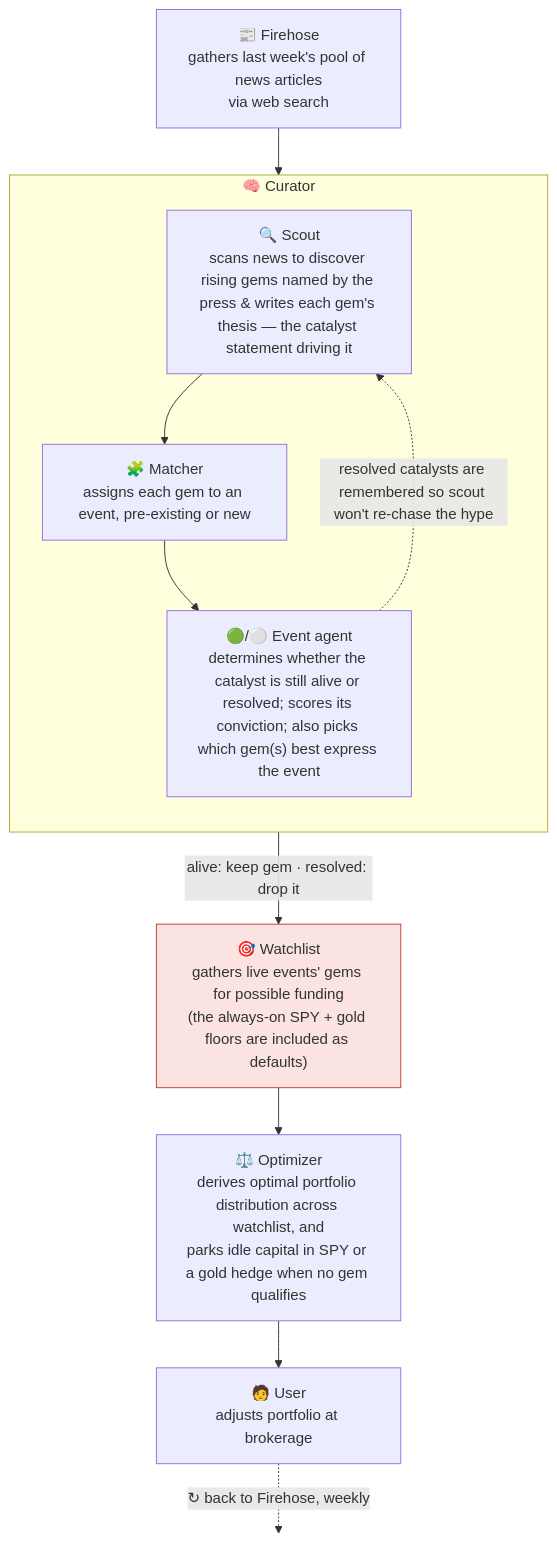
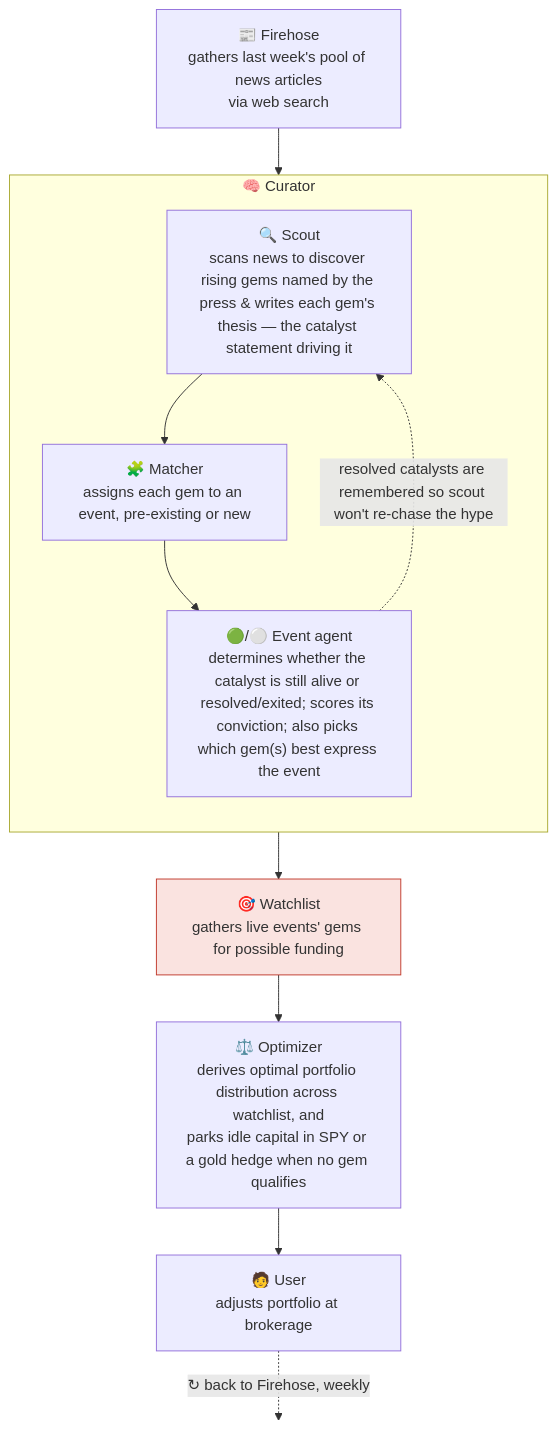
One commit to joehahn/geo-herd-rider changed the diagram in README.md. Above: the diagram before and after it, drawn with Mermaid.

Commit message:
README diagram: agent box 'resolved/exited'; drop keep/drop edge label + floors line from Watchlist box

````diff
--- a/README.md
+++ b/README.md
@@ -18,26 +18,26 @@
 ```mermaid
 flowchart TD
     S["📰 Firehose<br/>gathers last week's pool of news articles<br/>via web search"]
     S --> SC
 
     subgraph CUR["🧠 Curator"]
       direction TB
       SC["🔍 Scout<br/>scans news to discover rising gems named by the press & writes each gem's thesis — the catalyst statement driving it"]
       MA["🧩 Matcher<br/>assigns each gem to an event, pre-existing or new"]
-      AG["🟢/⚪ Event agent<br/>determines whether the catalyst is still alive or resolved; scores its conviction; also picks which gem(s) best express the event"]
+      AG["🟢/⚪ Event agent<br/>determines whether the catalyst is still alive or resolved/exited; scores its conviction; also picks which gem(s) best express the event"]
       SC --> MA --> AG
     end
 
-    E["🎯 Watchlist<br/>gathers live events' gems for possible funding<br/>(the always-on SPY + gold floors are included as defaults)"]
+    E["🎯 Watchlist<br/>gathers live events' gems for possible funding"]
     W["⚖️ Optimizer<br/>derives optimal portfolio distribution across watchlist, and<br/>parks idle capital in SPY or a gold hedge when no gem qualifies"]
     U["🧑 User<br/>adjusts portfolio at brokerage"]
 
-    AG -- "alive: keep gem · resolved: drop it" --> E
+    AG --> E
     AG -. "resolved catalysts are remembered so scout won't re-chase the hype" .-> SC
     E --> W --> U
     U -. "↻ back to Firehose, weekly" .-> X(( ))
     style X fill:none,stroke:none
 
     classDef bet fill:#fae3e0,stroke:#c0392b;
     class E bet
 ```
````
